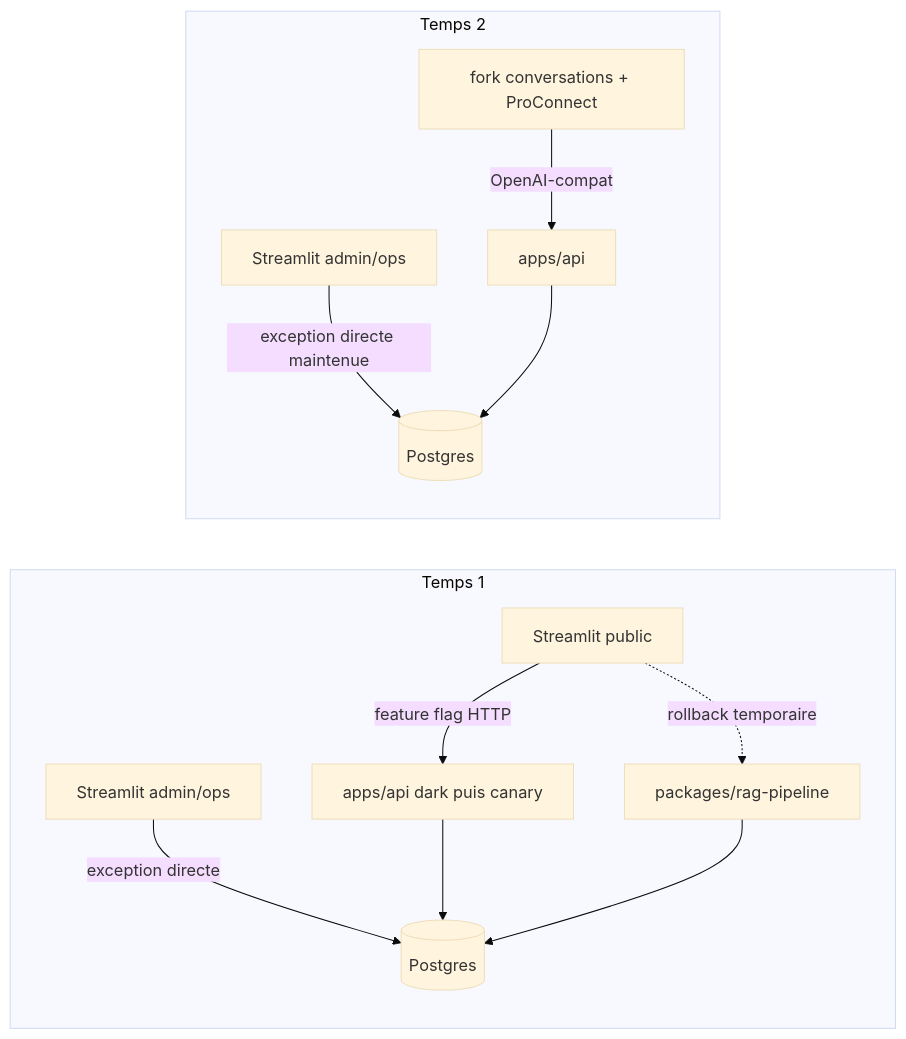
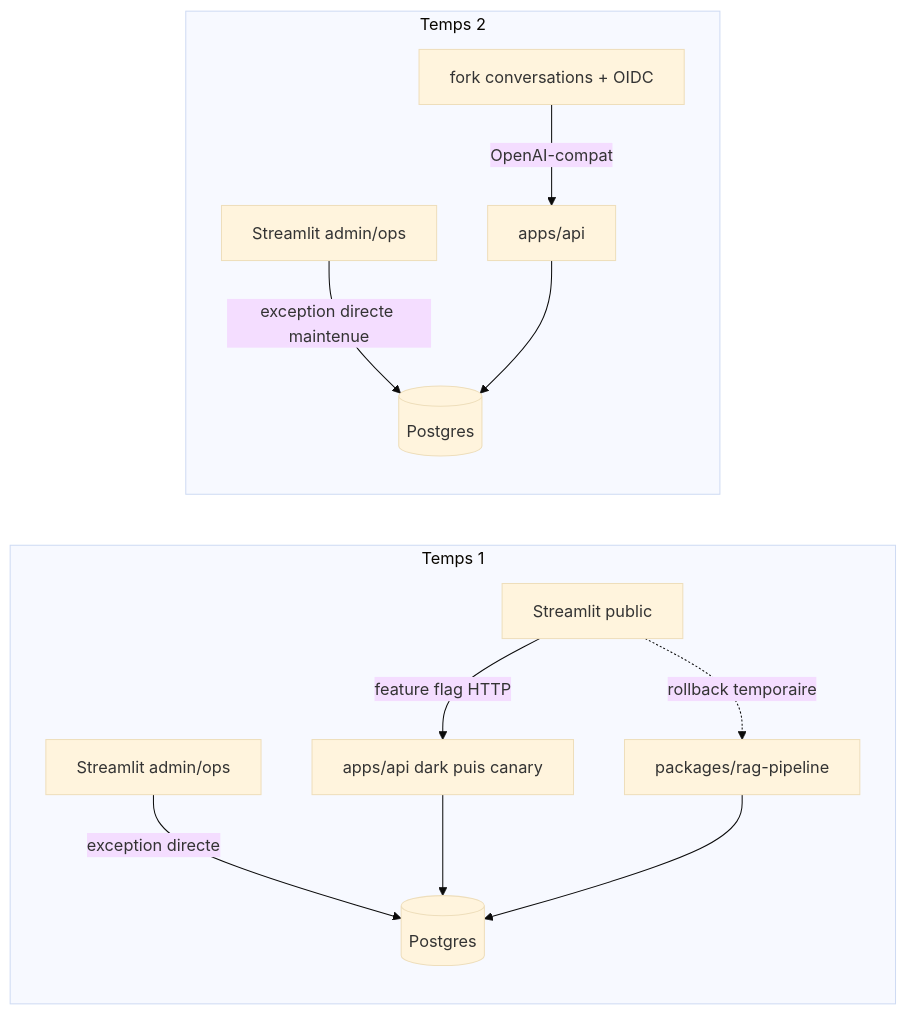
One commit to DGAFP/assistant-rh changed the diagram in docs/architecture/hexagonal-split/00-overview.md. Above: the diagram before and after it, drawn with Mermaid (base theme). The commit also changed other lines of this file and 2 other files, not shown here.

Commit message:
docs: define Conversations identity and corpus access direction

````diff
--- a/docs/architecture/hexagonal-split/00-overview.md
+++ b/docs/architecture/hexagonal-split/00-overview.md
@@ -17,15 +17,15 @@
 ```mermaid
 flowchart LR
     subgraph "Temps 1"
         ST1[Streamlit public] -->|feature flag HTTP| API1[apps/api dark puis canary]
         ST1 -.->|rollback temporaire| OLD[packages/rag-pipeline]
         ADMIN[Streamlit admin/ops] -->|exception directe| DB1[(Postgres)]
         API1 --> DB1[(Postgres)]
         OLD --> DB1
     end
     subgraph "Temps 2"
-        CONV[fork conversations + ProConnect] -->|OpenAI-compat| API2[apps/api]
+        CONV[fork conversations + OIDC] -->|OpenAI-compat| API2[apps/api]
         ST2[Streamlit admin/ops] -->|exception directe maintenue| DB2[(Postgres)]
         API2 --> DB2[(Postgres)]
     end
 ```
````
